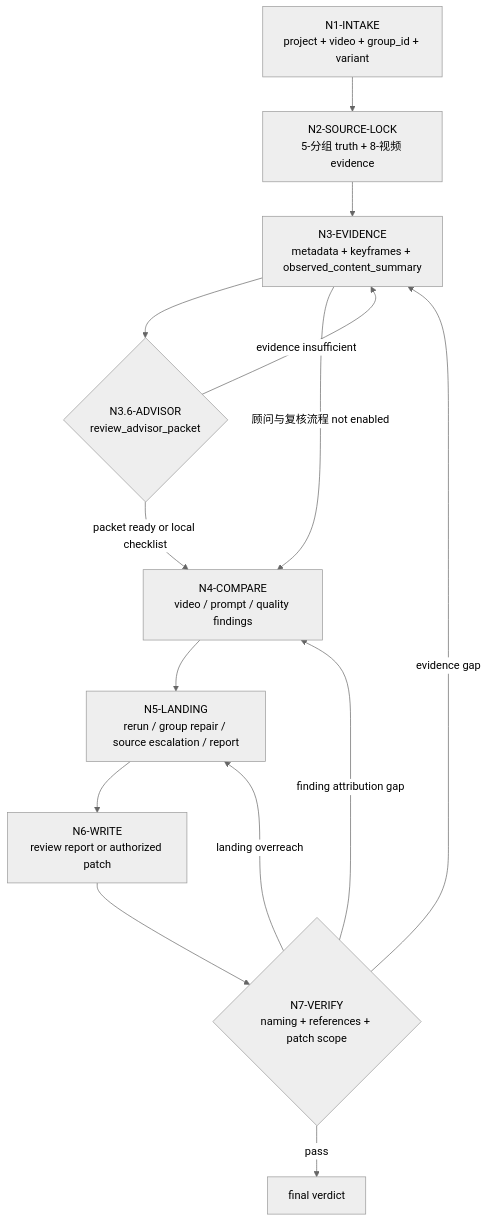
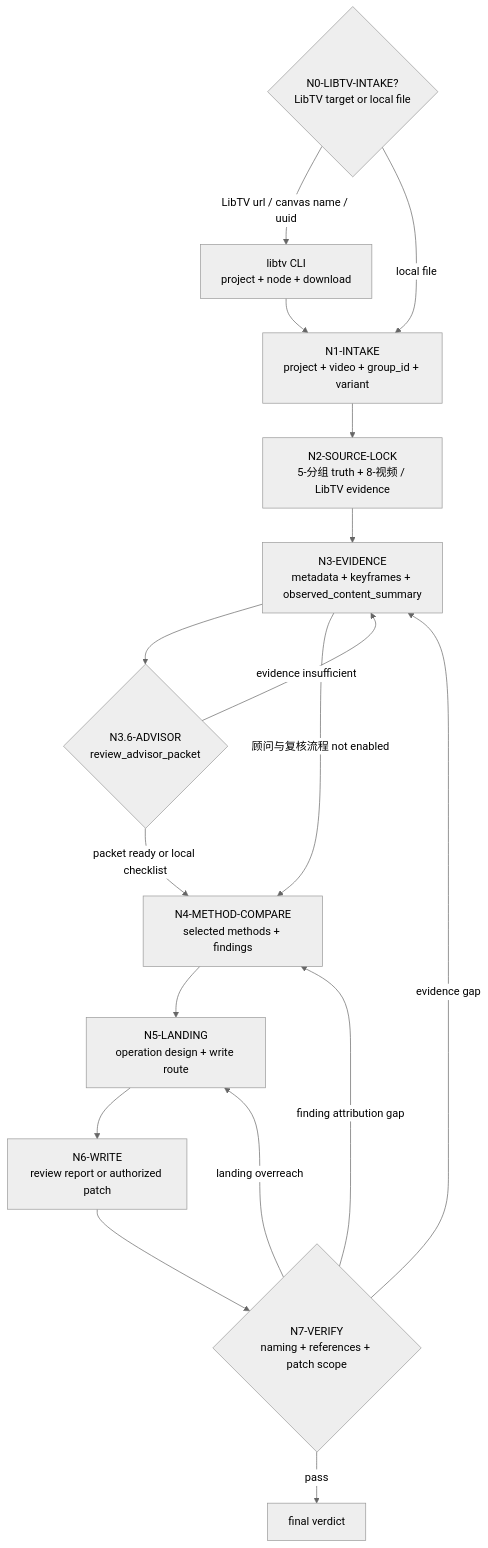
One commit to ZEN-VOID/AI-CUT changed the diagram in .agents/skills/aigc/9-审片/steps/video-review-workflow.md. Above: the diagram before and after it, drawn with Mermaid (neutral theme). The commit also changed other lines of this file and 31 other files, not shown here.

````diff
--- a/.agents/skills/aigc/9-审片/steps/video-review-workflow.md
+++ b/.agents/skills/aigc/9-审片/steps/video-review-workflow.md
@@ -5,16 +5,19 @@
 ```mermaid
 flowchart TD
-    N1["N1-INTAKE<br/>project + video + group_id + variant"] --> N2["N2-SOURCE-LOCK<br/>5-分组 truth + 8-视频 evidence"]
+    N0{"N0-LIBTV-INTAKE?<br/>LibTV target or local file"} -->|"LibTV url / canvas name / uuid"| L["libtv CLI<br/>project + node + download"]
+    N0 -->|"local file"| N1["N1-INTAKE<br/>project + video + group_id + variant"]
+    L --> N1
+    N1 --> N2["N2-SOURCE-LOCK<br/>5-分组 truth + 8-视频 / LibTV evidence"]
     N2 --> N3["N3-EVIDENCE<br/>metadata + keyframes + observed_content_summary"]
     N3 --> N36{"N3.6-ADVISOR<br/>review_advisor_packet"}
     N36 -->|"evidence insufficient"| N3
-    N36 -->|"packet ready or local checklist"| N4["N4-COMPARE<br/>video / prompt / quality findings"]
+    N36 -->|"packet ready or local checklist"| N4["N4-METHOD-COMPARE<br/>selected methods + findings"]
     N3 -->|"顾问与复核流程 not enabled"| N4
-    N4 --> N5["N5-LANDING<br/>rerun / group repair / source escalation / report"]
+    N4 --> N5["N5-LANDING<br/>operation design + write route"]
     N5 --> N6["N6-WRITE<br/>review report or authorized patch"]
     N6 --> N7{"N7-VERIFY<br/>naming + references + patch scope"}
     N7 -->|"pass"| DONE["final verdict"]
     N7 -->|"evidence gap"| N3
     N7 -->|"finding attribution gap"| N4
     N7 -->|"landing overreach"| N5
 ```
````
